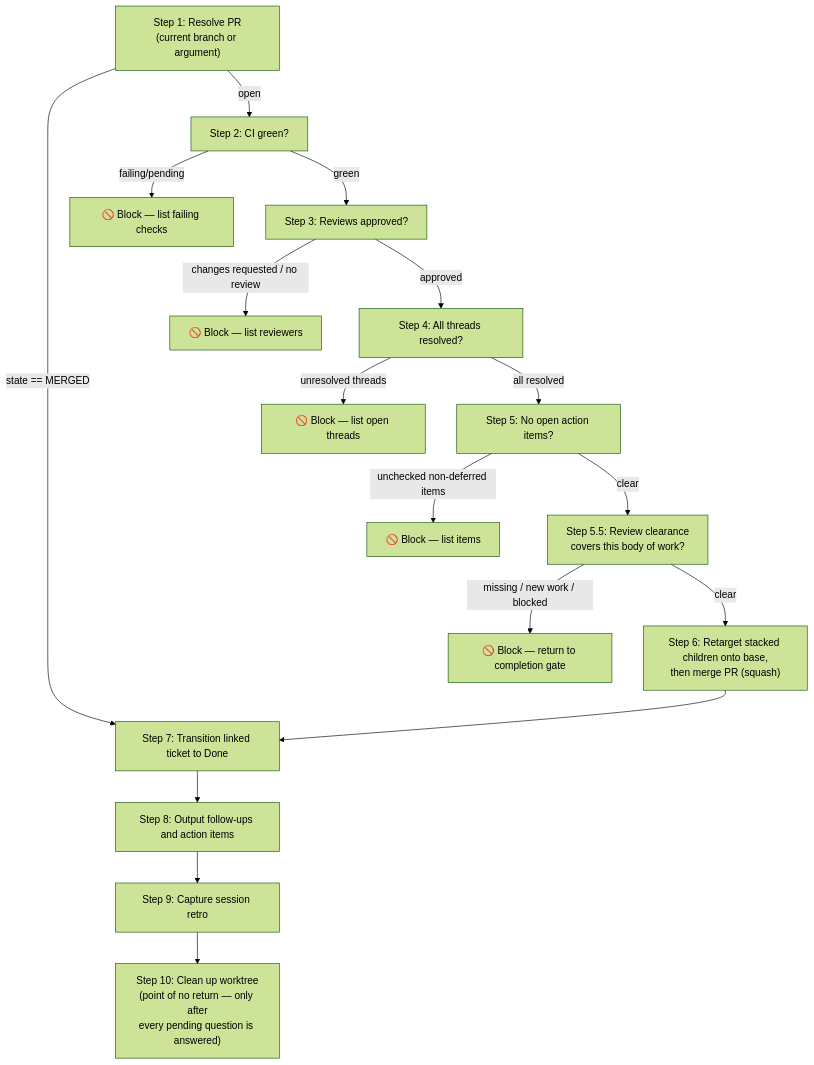
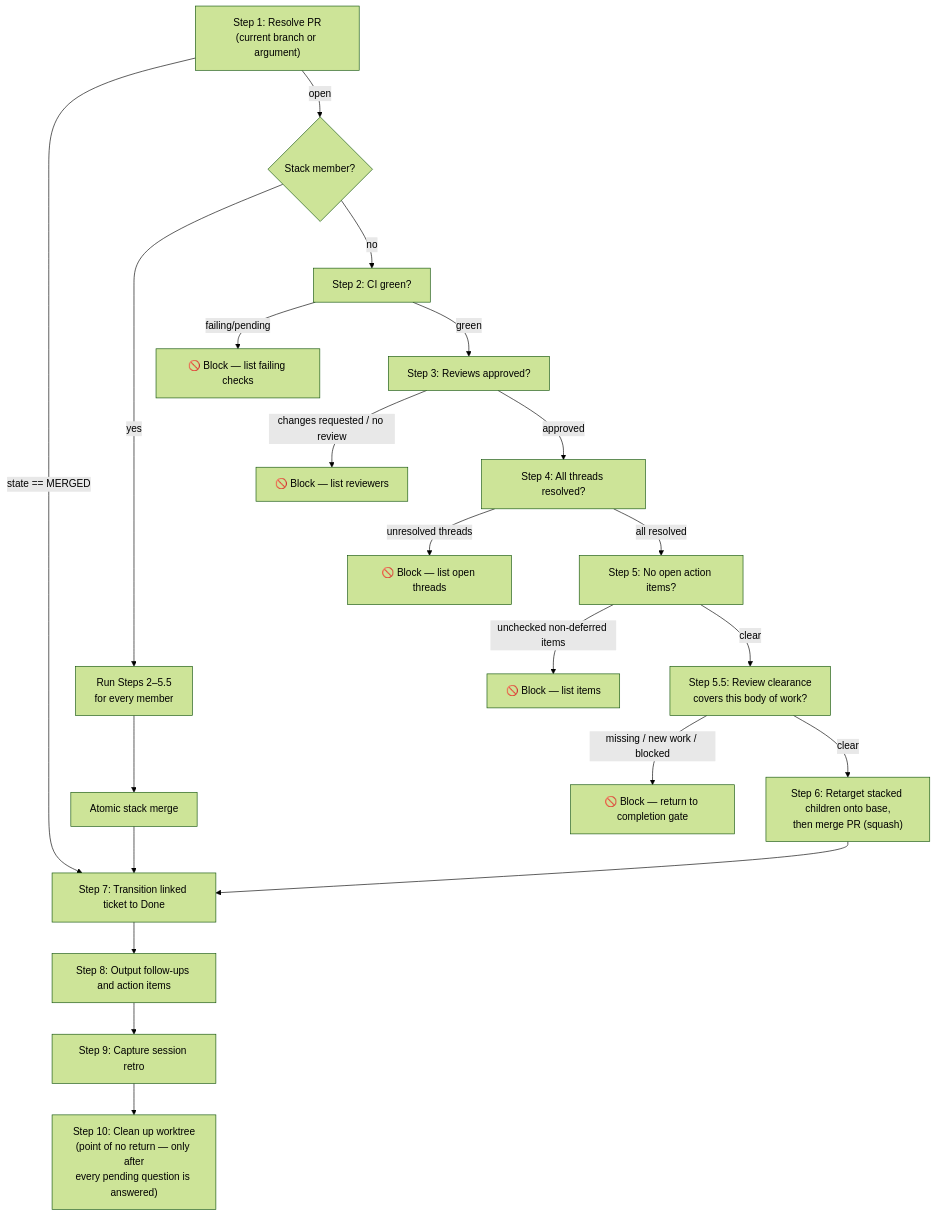
Before and after one commit to whizzzkid/skills: the diagram in skills/pr-merge/README.md, drawn with Mermaid (forest theme). The commit also changed other lines of this file and 3 other files, not shown here.

Commit message:
fix(pr-merge): 🛡️ gate atomic stack merges

````diff
--- a/skills/pr-merge/README.md
+++ b/skills/pr-merge/README.md
@@ -19,19 +19,23 @@
 ```mermaid
 flowchart TD
     A["Step 1: Resolve PR<br/>(current branch or argument)"] -->|state == MERGED| G
-    A -->|open| B["Step 2: CI green?"]
+    A -->|open| S{"Stack member?"}
+    S -->|yes| SG["Run Steps 2–5.5<br/>for every member"]
+    SG --> SM["Atomic stack merge"]
+    SM --> G
+    S -->|no| B["Step 2: CI green?"]
     B -->|failing/pending| BLOCK1["🚫 Block — list failing checks"]
     B -->|green| C["Step 3: Reviews approved?"]
     C -->|changes requested / no review| BLOCK2["🚫 Block — list reviewers"]
     C -->|approved| D["Step 4: All threads resolved?"]
     D -->|unresolved threads| BLOCK3["🚫 Block — list open threads"]
     D -->|all resolved| E["Step 5: No open action items?"]
     E -->|unchecked non-deferred items| BLOCK4["🚫 Block — list items"]
     E -->|clear| E2["Step 5.5: Review clearance<br/>covers this body of work?"]
     E2 -->|missing / new work / blocked| BLOCK5["🚫 Block — return to completion gate"]
     E2 -->|clear| F["Step 6: Retarget stacked children onto base,<br/>then merge PR (squash)"]
     F --> G["Step 7: Transition linked ticket to Done"]
     G --> H["Step 8: Output follow-ups and action items"]
     H --> I["Step 9: Capture session retro"]
     I --> J["Step 10: Clean up worktree<br/>(point of no return — only after<br/>every pending question is answered)"]
 ```
````
